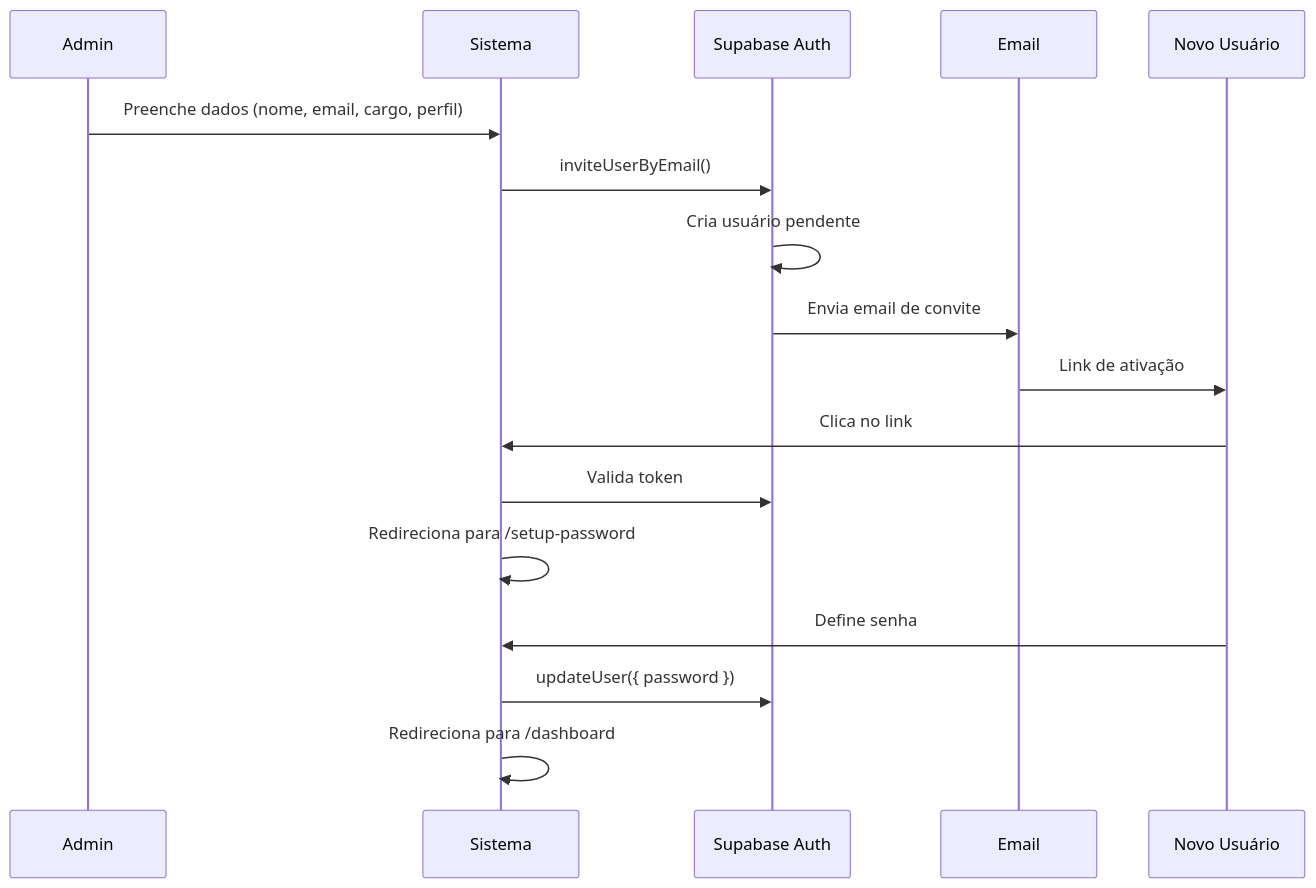
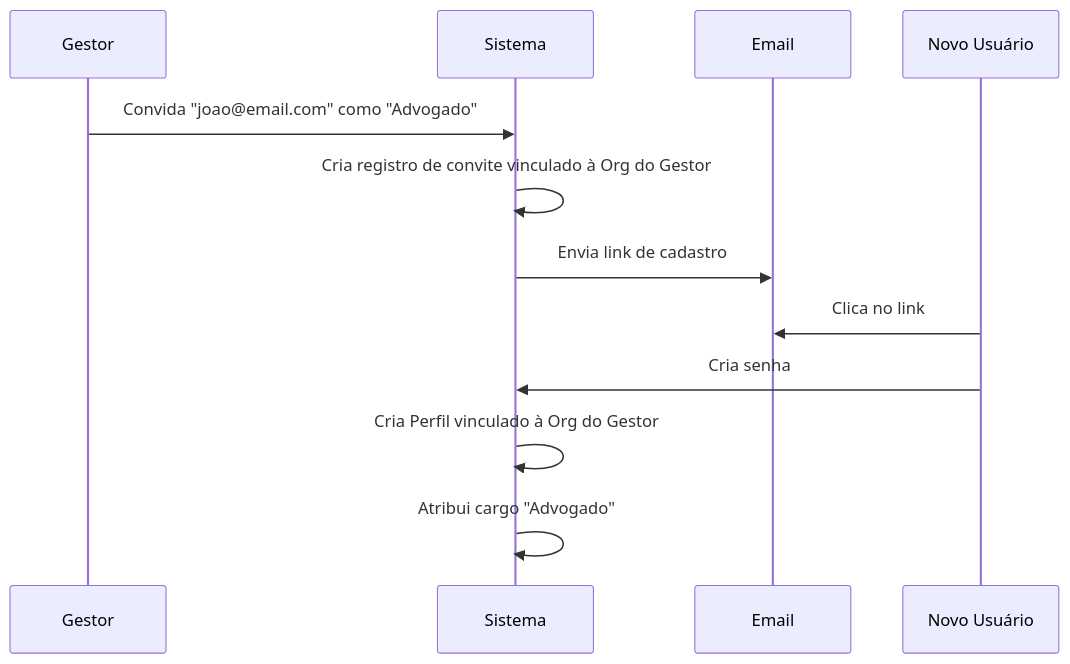
One commit to pCruvinel/octoapps changed the diagram in docs/geral/USUARIOS.md. Above: the diagram before and after it, drawn with Mermaid. The commit also changed other lines of this file and 60 other files, not shown here.

````diff
--- a/docs/geral/USUARIOS.md
+++ b/docs/geral/USUARIOS.md
@@ -63,22 +105,16 @@
 ```mermaid
 sequenceDiagram
-    participant Admin
+    participant Gestor
     participant Sistema
-    participant Supabase as Supabase Auth
     participant Email
-    participant Novo as Novo Usuário
+    participant NovoUser as Novo Usuário
     
-    Admin->>Sistema: Preenche dados (nome, email, cargo, perfil)
-    Sistema->>Supabase: inviteUserByEmail()
-    Supabase->>Supabase: Cria usuário pendente
-    Supabase->>Email: Envia email de convite
-    Email->>Novo: Link de ativação
+    Gestor->>Sistema: Convida "joao@email.com" como "Advogado"
+    Sistema->>Sistema: Cria registro de convite vinculado à Org do Gestor
+    Sistema->>Email: Envia link de cadastro
     
-    Novo->>Sistema: Clica no link
-    Sistema->>Supabase: Valida token
-    Sistema->>Sistema: Redireciona para /setup-password
-    
-    Novo->>Sistema: Define senha
-    Sistema->>Supabase: updateUser({ password })
-    Sistema->>Sistema: Redireciona para /dashboard
+    NovoUser->>Email: Clica no link
+    NovoUser->>Sistema: Cria senha
+    Sistema->>Sistema: Cria Perfil vinculado à Org do Gestor
+    Sistema->>Sistema: Atribui cargo "Advogado"
 ```
````
